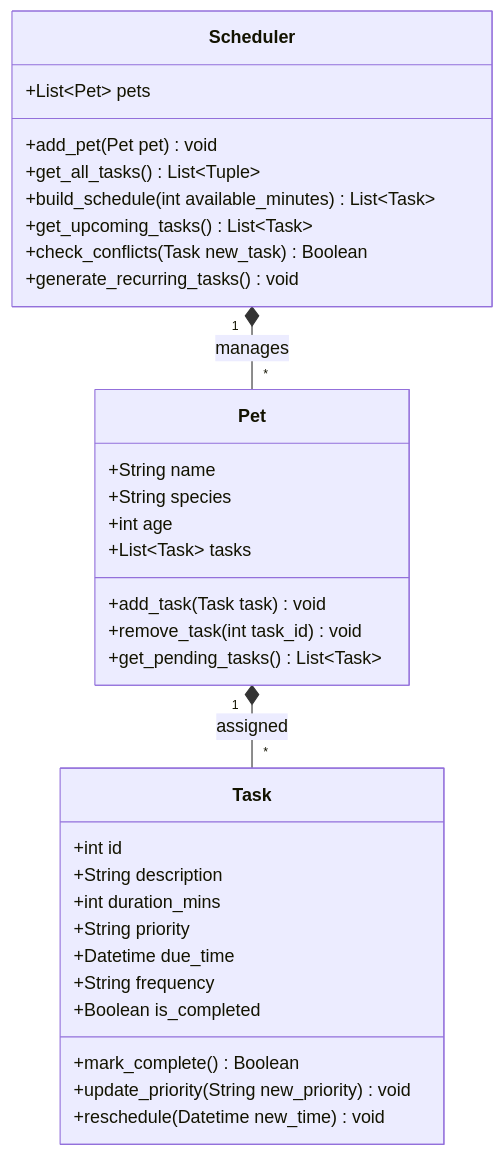
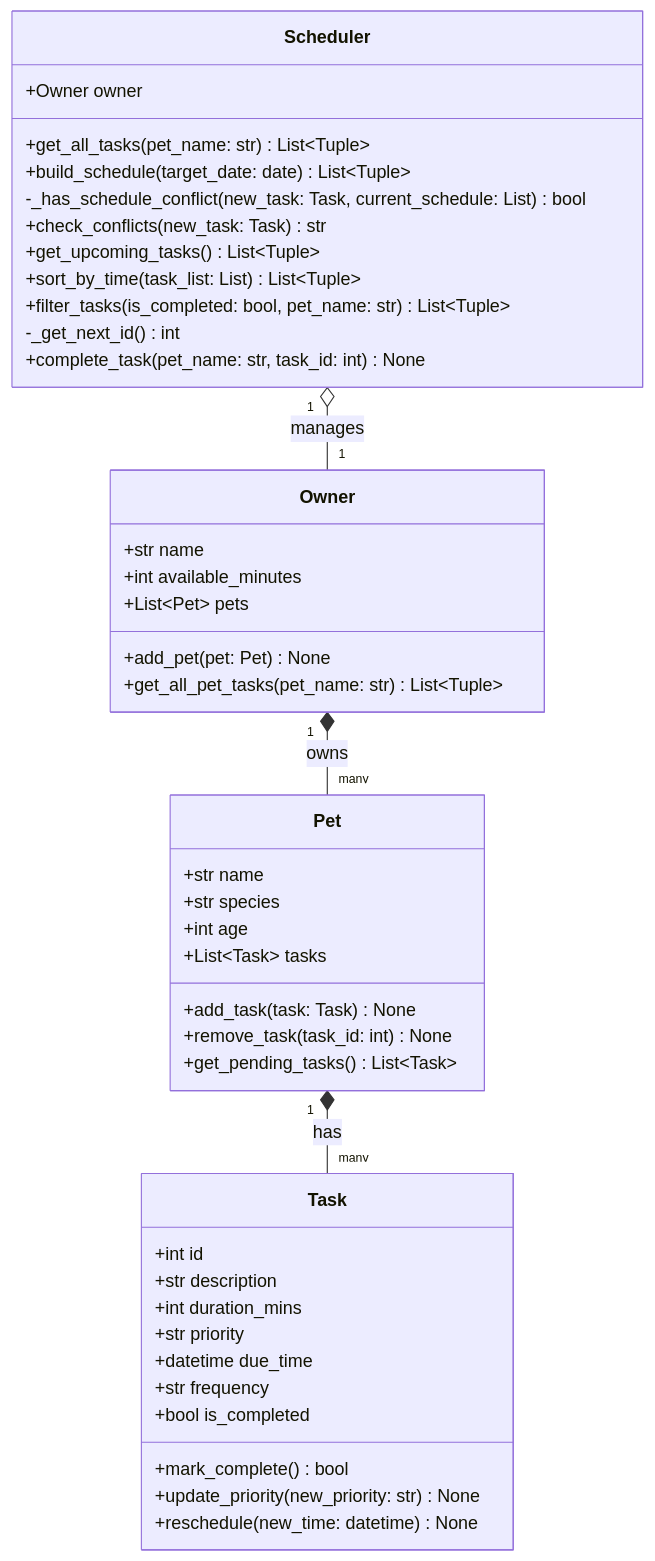
One commit to azizoguntade-learning/ai110-module2show-pawpal-starter changed the diagram in diagrams/uml.mmd. Above: the diagram before and after it, drawn with Mermaid. The commit also changed 3 other files, not shown here.

Commit message:
Enhance README and app interface with smarter scheduling features; implement task filtering, conflict detection, and automated recurrence in the Scheduler

```diff
--- a/diagrams/uml.mmd
+++ b/diagrams/uml.mmd
@@ -1,38 +1,48 @@
 classDiagram
-    %% Relationships
-    Scheduler "1" *-- "*" Pet : manages
-    Pet "1" *-- "*" Task : assigned
-
-    %% Classes
     class Task {
         +int id
-        +String description
+        +str description
         +int duration_mins
-        +String priority
-        +Datetime due_time
-        +String frequency
-        +Boolean is_completed
-        +mark_complete() Boolean
-        +update_priority(String new_priority) void
-        +reschedule(Datetime new_time) void
+        +str priority
+        +datetime due_time
+        +str frequency
+        +bool is_completed
+        +mark_complete() bool
+        +update_priority(new_priority: str) None
+        +reschedule(new_time: datetime) None
     }
 
     class Pet {
-        +String name
-        +String species
+        +str name
+        +str species
         +int age
         +List~Task~ tasks
-        +add_task(Task task) void
-        +remove_task(int task_id) void
+        +add_task(task: Task) None
+        +remove_task(task_id: int) None
         +get_pending_tasks() List~Task~
     }
 
+    class Owner {
+        +str name
+        +int available_minutes
+        +List~Pet~ pets
+        +add_pet(pet: Pet) None
+        +get_all_pet_tasks(pet_name: str) List~Tuple~
+    }
+
     class Scheduler {
-        +List~Pet~ pets
-        +add_pet(Pet pet) void
-        +get_all_tasks() List~Tuple~
-        +build_schedule(int available_minutes) List~Task~
-        +get_upcoming_tasks() List~Task~
-        +check_conflicts(Task new_task) Boolean
-        +generate_recurring_tasks() void
+        +Owner owner
+        +get_all_tasks(pet_name: str) List~Tuple~
+        +build_schedule(target_date: date) List~Tuple~
+        -_has_schedule_conflict(new_task: Task, current_schedule: List) bool
+        +check_conflicts(new_task: Task) str
+        +get_upcoming_tasks() List~Tuple~
+        +sort_by_time(task_list: List) List~Tuple~
+        +filter_tasks(is_completed: bool, pet_name: str) List~Tuple~
+        -_get_next_id() int
+        +complete_task(pet_name: str, task_id: int) None
     }
+
+    Owner "1" *-- "many" Pet : owns
+    Pet "1" *-- "many" Task : has
+    Scheduler "1" o-- "1" Owner : manages
```
